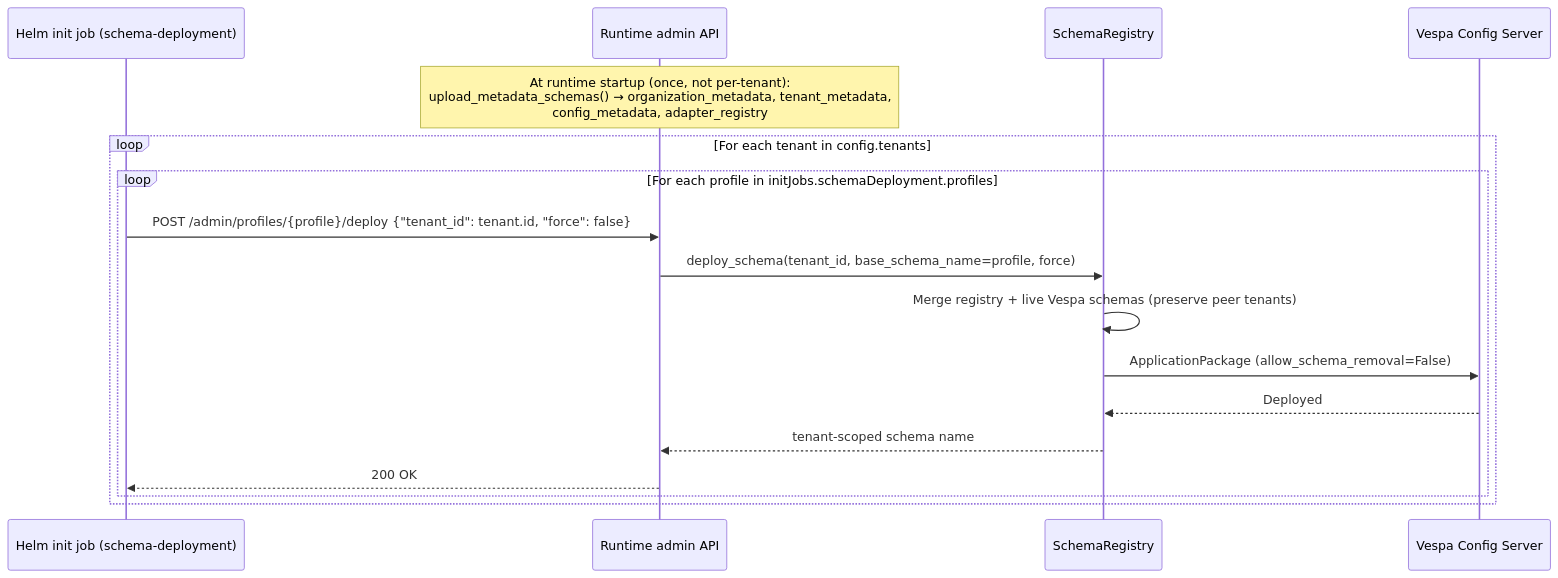
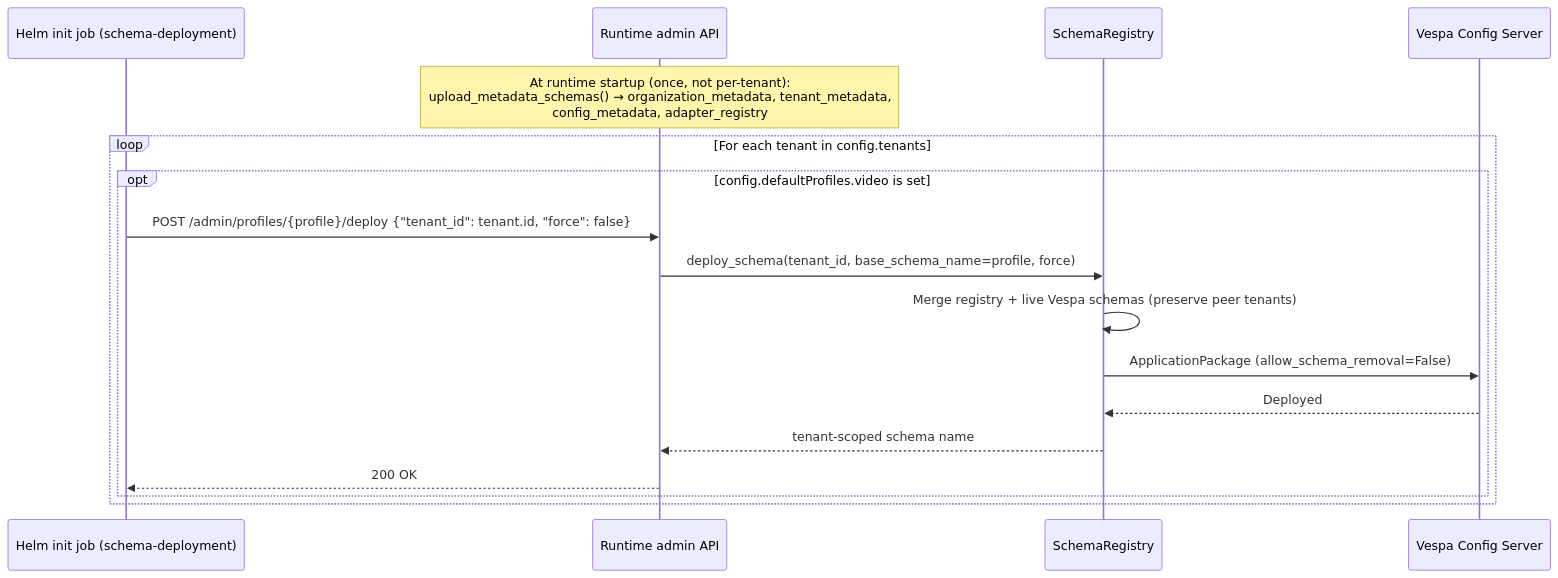
One commit to amit-jain/cogniverse changed the fifth of 21 diagrams in docs/diagrams/multi-tenant-diagrams.md. Above: the diagram before and after it, drawn with Mermaid. The commit also changed other lines of this file and 1 other file, not shown here.

First line of the commit message:
Document the reference deployment and the selected-profile schema job

````diff
--- a/docs/diagrams/multi-tenant-diagrams.md
+++ b/docs/diagrams/multi-tenant-diagrams.md
@@ -258,21 +258,21 @@
 ```mermaid
 sequenceDiagram
     participant InitJob as Helm init job (schema-deployment)
     participant Runtime as Runtime admin API
     participant Registry as SchemaRegistry
     participant Vespa as Vespa Config Server
 
     Note over Runtime: At runtime startup (once, not per-tenant):<br/>upload_metadata_schemas() → organization_metadata, tenant_metadata,<br/>config_metadata, adapter_registry
 
     loop For each tenant in config.tenants
-        loop For each profile in initJobs.schemaDeployment.profiles
+        opt config.defaultProfiles.video is set
             InitJob->>Runtime: POST /admin/profiles/{profile}/deploy {"tenant_id": tenant.id, "force": false}
             Runtime->>Registry: deploy_schema(tenant_id, base_schema_name=profile, force)
             Registry->>Registry: Merge registry + live Vespa schemas (preserve peer tenants)
             Registry->>Vespa: ApplicationPackage (allow_schema_removal=False)
             Vespa-->>Registry: Deployed
             Registry-->>Runtime: tenant-scoped schema name
             Runtime-->>InitJob: 200 OK
         end
     end
 ```
````
